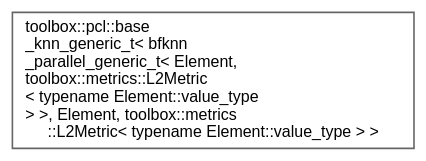
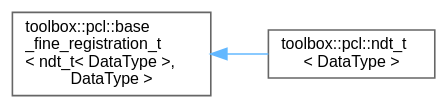
The diagram in inherit_graph_104.dot (nerdneilsfield/cpp-toolbox), drawn with Graphviz before and after one commit. The commit also changed 405 other files, not shown here.

```diff
--- a/inherit_graph_104.dot
+++ b/inherit_graph_104.dot
@@ -1,9 +1,11 @@
 digraph "Graphical Class Hierarchy"
 {
  // LATEX_PDF_SIZE
   bgcolor="transparent";
   edge [fontname=Helvetica,fontsize=10,labelfontname=Helvetica,labelfontsize=10];
   node [fontname=Helvetica,fontsize=10,shape=box,height=0.2,width=0.4];
   rankdir="LR";
-  Node0 [id="Node000000",label="toolbox::pcl::base\l_knn_generic_t\< bfknn\l_parallel_generic_t\< Element,\l toolbox::metrics::L2Metric\l\< typename Element::value_type\l \> \>, Element, toolbox::metrics\l::L2Metric\< typename Element::value_type \> \>",height=0.2,width=0.4,color="grey40", fillcolor="white", style="filled",URL="$classtoolbox_1_1pcl_1_1base__knn__generic__t.html",tooltip=" "];
+  Node0 [id="Node000000",label="toolbox::pcl::base\l_fine_registration_t\l\< ndt_t\< DataType \>,\l DataType \>",height=0.2,width=0.4,color="grey40", fillcolor="white", style="filled",URL="$classtoolbox_1_1pcl_1_1base__fine__registration__t.html",tooltip=" "];
+  Node0 -> Node1 [id="edge99_Node000000_Node000001",dir="back",color="steelblue1",style="solid",tooltip=" "];
+  Node1 [id="Node000001",label="toolbox::pcl::ndt_t\l\< DataType \>",height=0.2,width=0.4,color="grey40", fillcolor="white", style="filled",URL="$classtoolbox_1_1pcl_1_1ndt__t.html",tooltip="NDT (Normal Distributions Transform) 算法实现 / NDT algorithm implementation."];
 }
```
